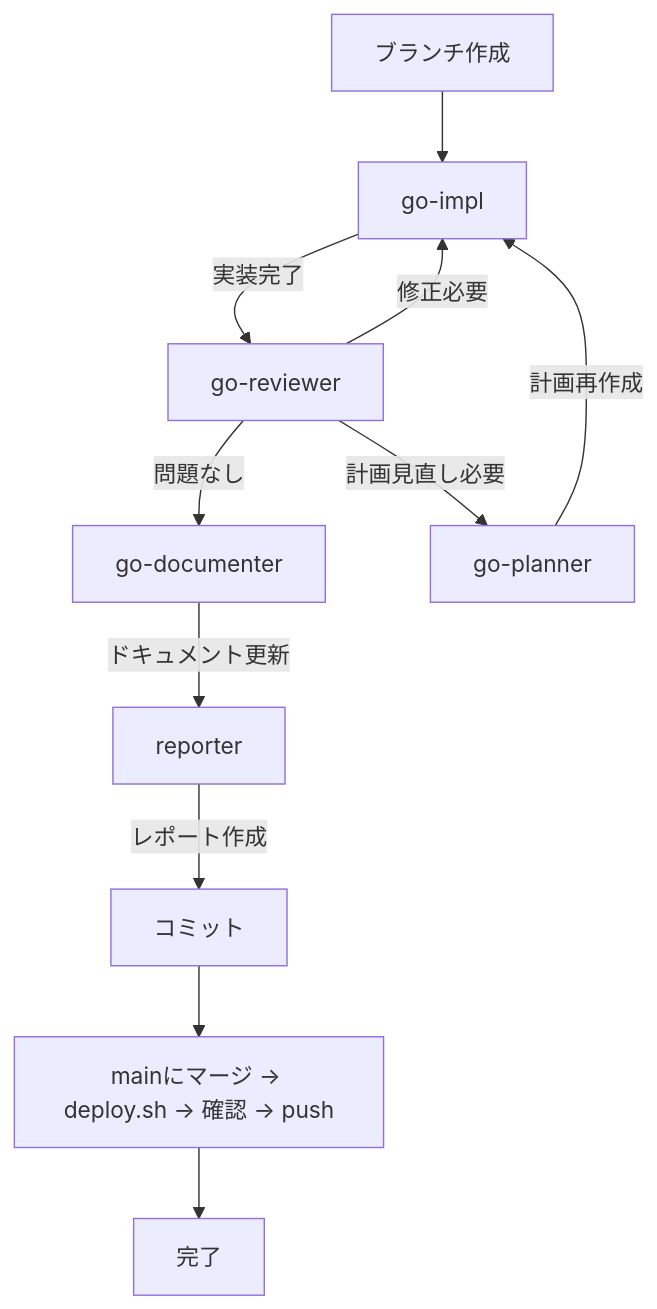
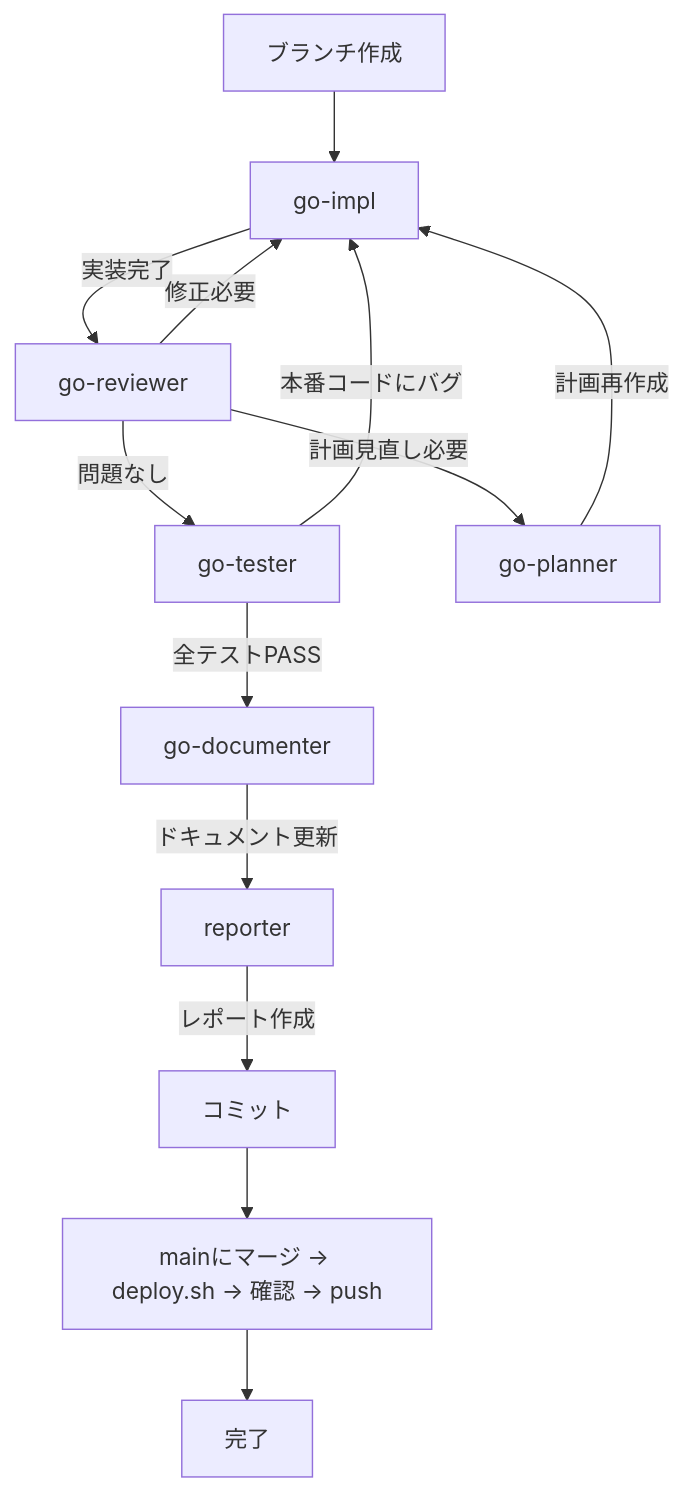
Before and after one commit to nyan-tama/Ghostrunner: the diagram in .claude/commands/go.md, drawn with Mermaid. The commit also changed other lines of this file and 7 other files, not shown here.

````diff
--- a/.claude/commands/go.md
+++ b/.claude/commands/go.md
@@ -7,13 +7,15 @@
 ```mermaid
 flowchart TD
     Start[ブランチ作成] --> A[go-impl]
     A -->|実装完了| B[go-reviewer]
-    B -->|問題なし| C[go-documenter]
+    B -->|問題なし| B2[go-tester]
     B -->|修正必要| A
     B -->|計画見直し必要| D[go-planner]
     D -->|計画再作成| A
+    B2 -->|全テストPASS| C[go-documenter]
+    B2 -->|本番コードにバグ| A
     C -->|ドキュメント更新| E[reporter]
     E -->|レポート作成| F[コミット]
     F --> N[mainにマージ → deploy.sh → 確認 → push]
     N --> G[完了]
 ```
````
